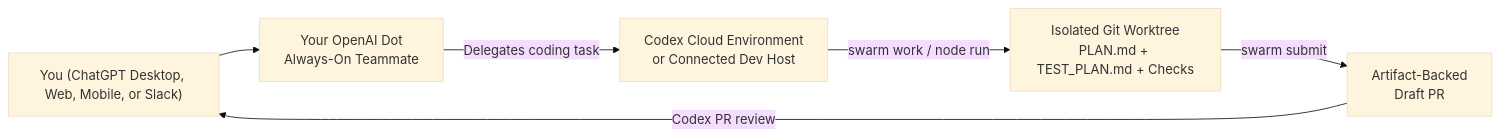
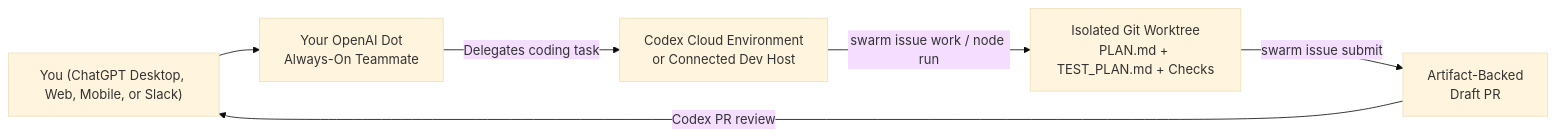
One commit to supernovae/SwarmOS changed the diagram in docs/openai-dot.md. Above: the diagram before and after it, drawn with Mermaid (base theme). The commit also changed other lines of this file and 65 other files, not shown here.

````diff
--- a/docs/openai-dot.md
+++ b/docs/openai-dot.md
@@ -23,8 +23,8 @@
 ```mermaid
 flowchart LR
     You["You (ChatGPT Desktop, Web, Mobile, or Slack)"] --> Dot["Your OpenAI Dot<br/>Always-On Teammate"]
     Dot -->|Delegates coding task| Codex["Codex Cloud Environment<br/>or Connected Dev Host"]
-    Codex -->|swarm work / node run| Worktree["Isolated Git Worktree<br/>PLAN.md + TEST_PLAN.md + Checks"]
-    Worktree -->|swarm submit| PR["Artifact-Backed<br/>Draft PR"]
+    Codex -->|swarm issue work / node run| Worktree["Isolated Git Worktree<br/>PLAN.md + TEST_PLAN.md + Checks"]
+    Worktree -->|swarm issue submit| PR["Artifact-Backed<br/>Draft PR"]
     PR -->|Codex PR review| You
 ```
````
